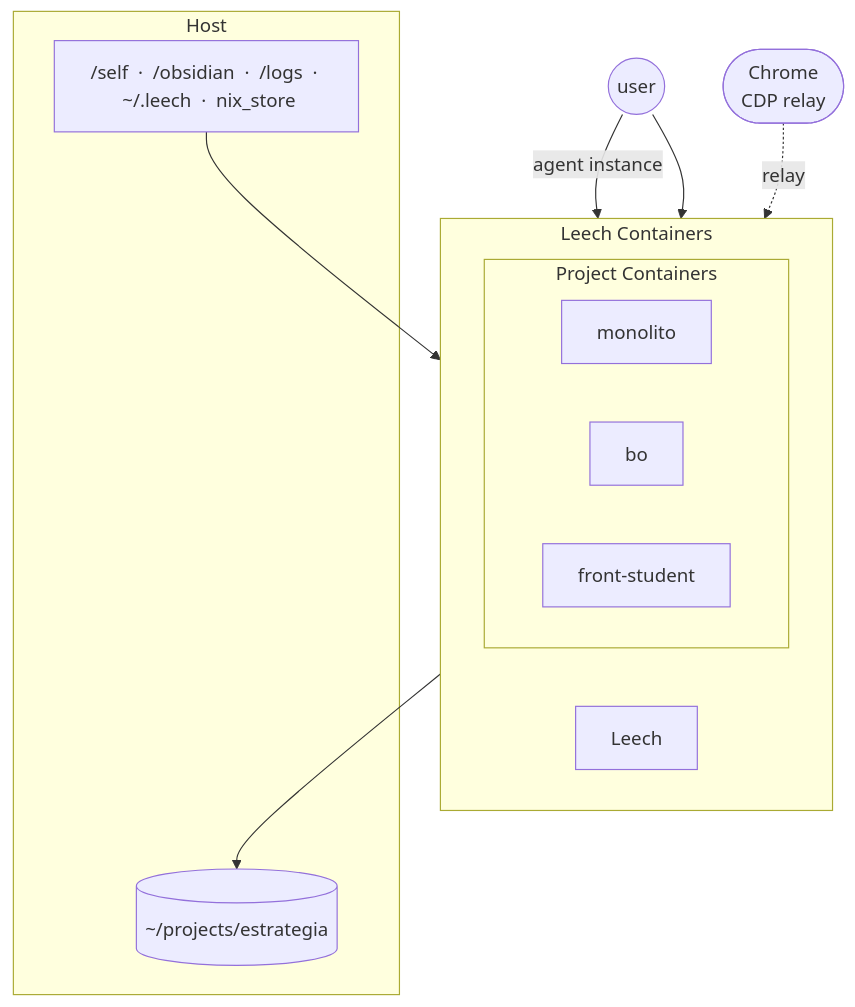
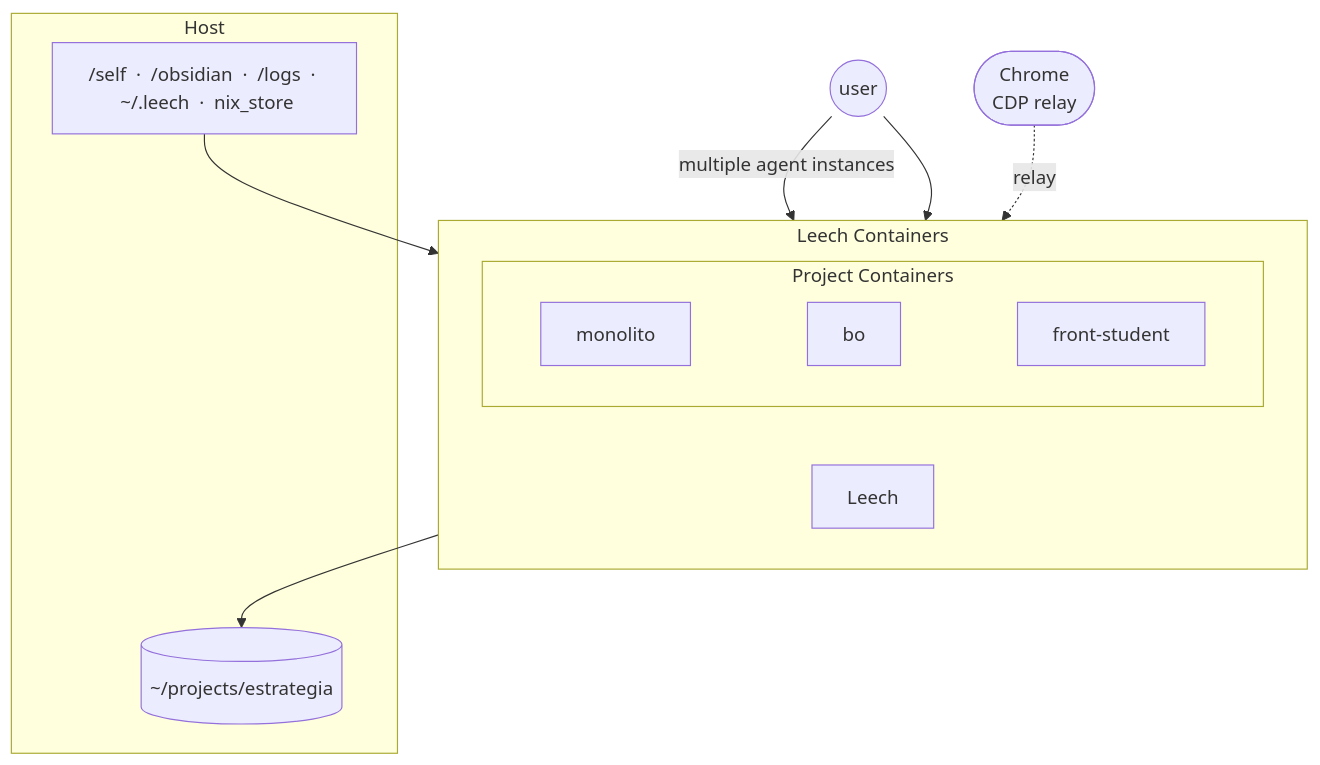
Before and after one commit to autibequi/nixos: the diagram in README.md, drawn with Mermaid.

Commit message:
refactor: simplify README structure by consolidating container definitions and clarifying agent instance description for better readability

````diff
--- a/README.md
+++ b/README.md
@@ -7,27 +7,25 @@
 ```mermaid
 graph TB
     USER(("user"))
     CHROME(["Chrome<br/>CDP relay"])
 
     subgraph CONTAINERS["Leech Containers"]
         direction LR
         L["Leech"]
         subgraph APP["Project Containers"]
             direction LR
-            MONO["monolito"]
-            BO["bo"]
-            FRONT["front-student"]
+            MONO["monolito"] ~~~ BO["bo"] ~~~ FRONT["front-student"]
         end
     end
 
     subgraph HOST["Host"]
         VOLS["/self  ·  /obsidian  ·  /logs  ·  ~/.leech  ·  nix_store"]
         PROJ[("~/projects/estrategia")]
     end
 
-    USER -->|agent instance| L
+    USER -->|multiple agent instances| L
     USER --> APP
     CHROME -.->|relay| L
     VOLS --> CONTAINERS
     CONTAINERS --> PROJ
 ```
````
